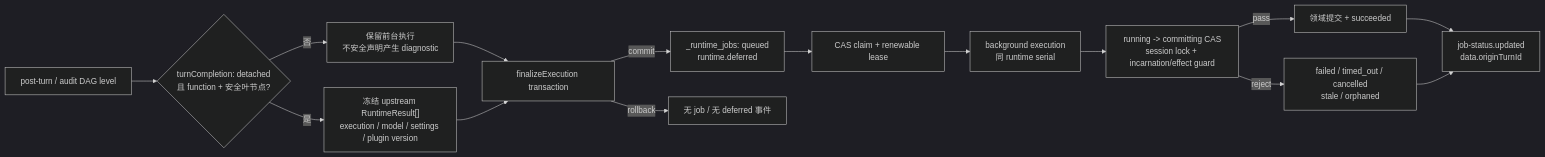
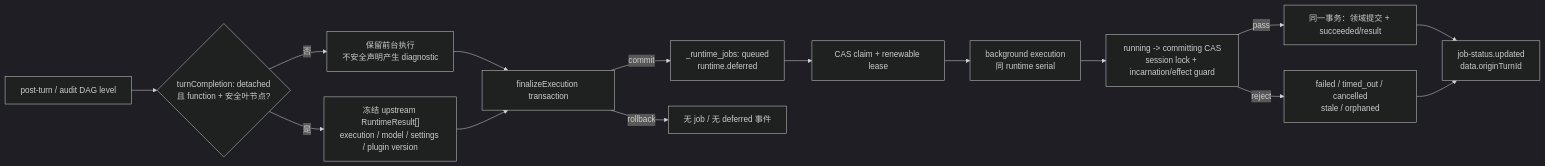
One commit to ackness/covel changed the third of 4 diagrams in docs/architecture/flow.md. Above: the diagram before and after it, drawn with Mermaid (dark theme). The commit also changed other lines of this file and 724 other files, not shown here.

````diff
--- a/docs/architecture/flow.md
+++ b/docs/architecture/flow.md
@@ -155,17 +157,17 @@
 ```mermaid
 flowchart LR
     DAG["post-turn / audit DAG level"] --> Plan{"turnCompletion: detached<br/>且 function + 安全叶节点?"}
     Plan -->|否| Foreground["保留前台执行<br/>不安全声明产生 diagnostic"]
     Plan -->|是| Freeze["冻结 upstream RuntimeResult[]<br/>execution / model / settings / plugin version"]
     Foreground --> Tx["finalizeExecution transaction"]
     Freeze --> Tx
     Tx -->|commit| Queued["_runtime_jobs: queued<br/>runtime.deferred"]
     Tx -->|rollback| None["无 job / 无 deferred 事件"]
     Queued --> Claim["CAS claim + renewable lease"]
     Claim --> Run["background execution<br/>同 runtime serial"]
     Run --> Guard["running -> committing CAS<br/>session lock + incarnation/effect guard"]
-    Guard -->|pass| Success["领域提交 + succeeded"]
+    Guard -->|pass| Success["同一事务：领域提交 + succeeded/result"]
     Guard -->|reject| Terminal["failed / timed_out / cancelled<br/>stale / orphaned"]
     Success --> Status["job-status.updated<br/>data.originTurnId"]
     Terminal --> Status
 ```
````
